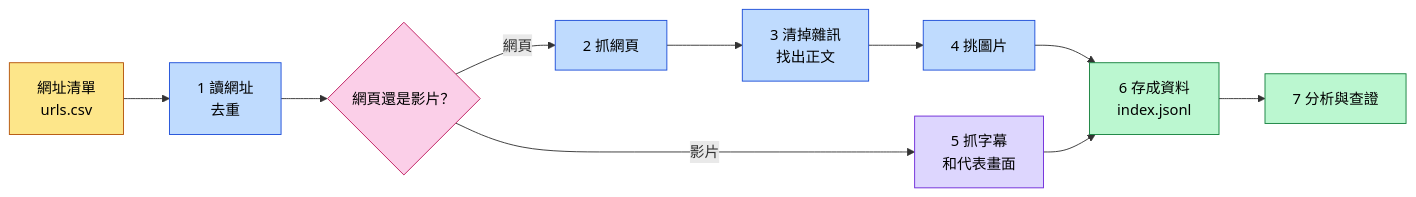
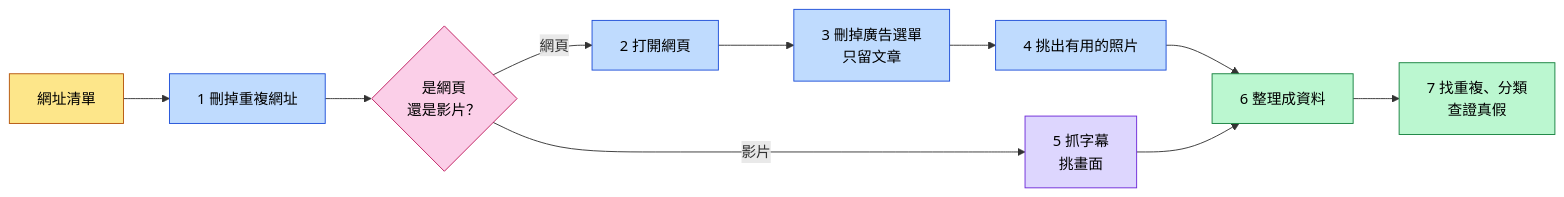
One commit to Currywarrior/WebCrawler_Project changed the diagram in README.md. Above: the diagram before and after it, drawn with Mermaid. The commit also changed other lines of this file, not shown here.

````diff
--- a/README.md
+++ b/README.md
@@ -20,18 +22,18 @@
 ```mermaid
 flowchart LR
-    A["網址清單<br/>urls.csv"]:::input --> B["1 讀網址<br/>去重"]:::step
-    B --> C{"網頁還是影片？"}:::decide
-    C -- 網頁 --> D["2 抓網頁"]:::step
-    D --> E["3 清掉雜訊<br/>找出正文"]:::step
-    E --> F["4 挑圖片"]:::step
-    C -- 影片 --> G["5 抓字幕<br/>和代表畫面"]:::video
-    F --> H["6 存成資料<br/>index.jsonl"]:::output
+    A["網址清單"]:::input --> B["1 刪掉重複網址"]:::step
+    B --> C{"是網頁<br/>還是影片？"}:::decide
+    C -- 網頁 --> D["2 打開網頁"]:::step
+    D --> E["3 刪掉廣告選單<br/>只留文章"]:::step
+    E --> F["4 挑出有用的照片"]:::step
+    C -- 影片 --> G["5 抓字幕<br/>挑畫面"]:::video
+    F --> H["6 整理成資料"]:::output
     G --> H
-    H --> I["7 分析與查證"]:::output
+    H --> I["7 找重複、分類<br/>查證真假"]:::output
 
     classDef input fill:#FDE68A,stroke:#B45309,color:#000
     classDef step fill:#BFDBFE,stroke:#1D4ED8,color:#000
     classDef decide fill:#FBCFE8,stroke:#BE185D,color:#000
     classDef video fill:#DDD6FE,stroke:#6D28D9,color:#000
     classDef output fill:#BBF7D0,stroke:#15803D,color:#000
 ```
````
